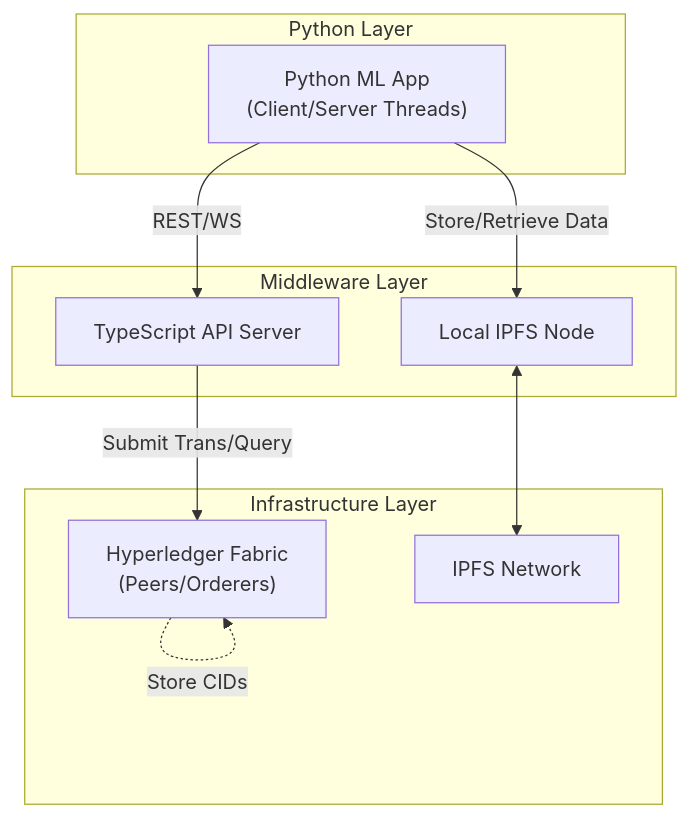
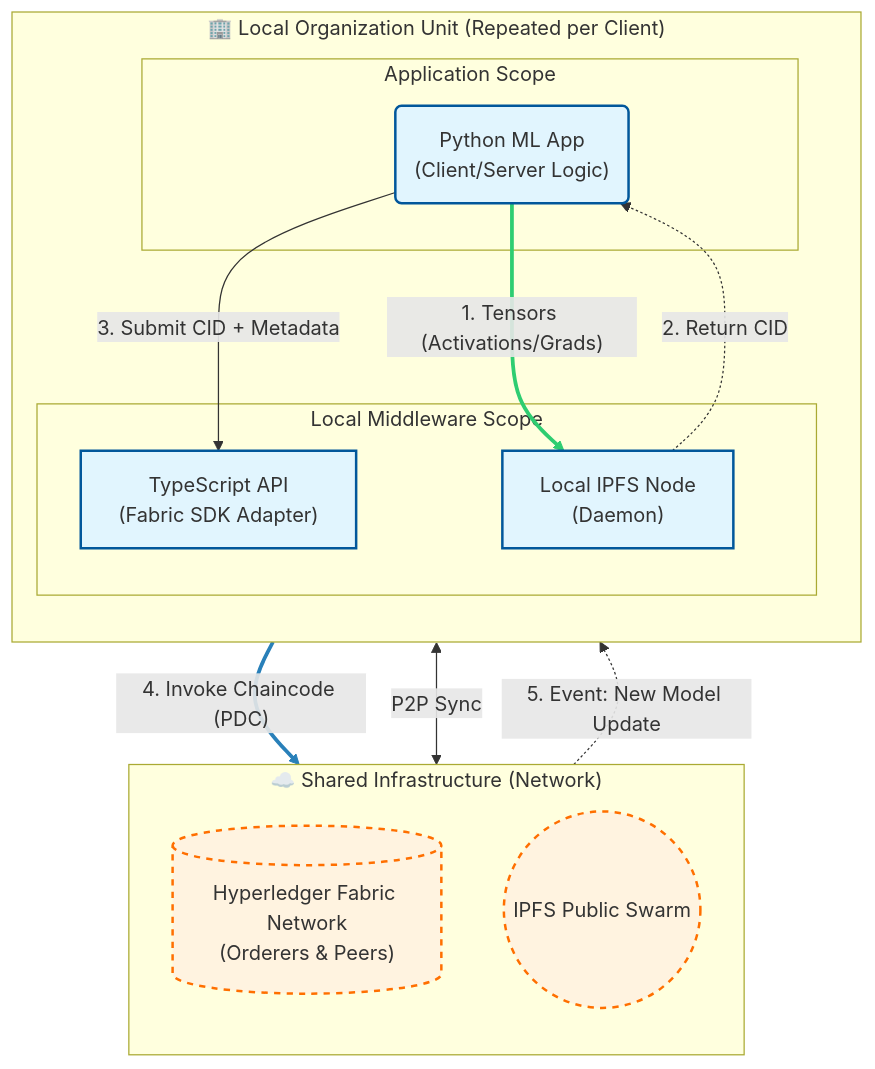
One commit to cbeis-iclab/HLF-FSL changed the diagram in README.md. Above: the diagram before and after it, drawn with Mermaid.

Commit message:
Interaction flow md fix v3.0

````diff
--- a/README.md
+++ b/README.md
@@ -43,22 +43,39 @@
 ```mermaid
 graph TD
-    subgraph "Python Layer"
-        ML["Python ML App<br>(Client/Server Threads)"]
-    end
+
+    classDef local fill:#e1f5fe,stroke:#01579b,stroke-width:2px;
+    classDef network fill:#fff3e0,stroke:#ff6f00,stroke-width:2px,stroke-dasharray: 5 5;
     
-    subgraph "Middleware Layer"
-        API[TypeScript API Server]
-        IPFS_Node[Local IPFS Node]
-    end
-    
-    subgraph "Infrastructure Layer"
-        Fabric["Hyperledger Fabric<br>(Peers/Orderers)"]
-        IPFS_Net[IPFS Network]
+    subgraph Shared_Infra ["☁️ Shared Infrastructure (Network)"]
+        direction TB
+        Fabric[("Hyperledger Fabric Network<br>(Orderers & Peers)")]:::network
+        IPFS_Swarm((IPFS Public Swarm)):::network
     end
 
-    ML -->|REST/WS| API
-    ML -->|Store/Retrieve Data| IPFS_Node
-    API -->|Submit Trans/Query| Fabric
-    IPFS_Node <--> IPFS_Net
-    Fabric -.->|Store CIDs| Fabric
+    subgraph Org_Node ["🏢 Local Organization Unit (Repeated per Client)"]
+        direction TB
+        
+        subgraph App_Layer ["Application Scope"]
+            ML("Python ML App<br>(Client/Server Logic)"):::local
+        end
+        
+        subgraph Middleware_Layer ["Local Middleware Scope"]
+            API["TypeScript API<br>(Fabric SDK Adapter)"]:::local
+            IPFS_Local["Local IPFS Node<br>(Daemon)"]:::local
+        end
+        
+        %% Conexiones internas (Local)
+        ML == "1. Tensors (Activations/Grads)" ==> IPFS_Local
+        IPFS_Local -.->|2. Return CID| ML
+        ML -->|3. Submit CID + Metadata| API
+        
+        %% Conexiones externas (Red)
+        API -->|"4. Invoke Chaincode (PDC)"| Fabric
+        IPFS_Local <-->|"P2P Sync"| IPFS_Swarm
+        Fabric -.->|"5. Event: New Model Update"| API
+    end
+
+    %% Leyenda explicativa visual
+    linkStyle 0 stroke:#2ecd71,stroke-width:3px;
+    linkStyle 3 stroke:#2980b9,stroke-width:3px;
 ```
````
